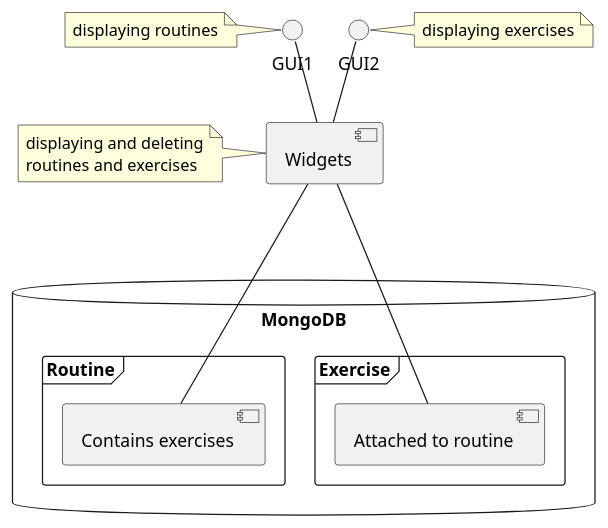
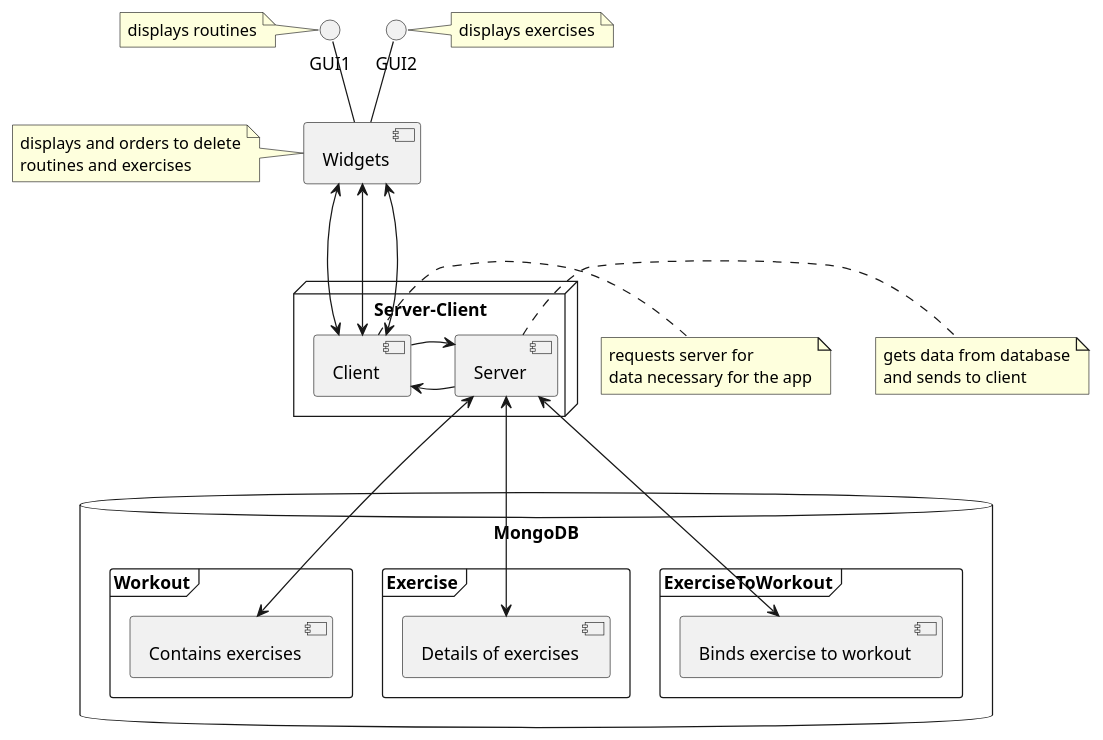
Before and after one commit to karolinaoparczyk/Python_GTK: the diagram in doc/ds/component_diagram.puml, drawn with PlantUML. The commit also changed other lines of this file and 19 other files, not shown here.

```diff
--- a/doc/ds/component_diagram.puml
+++ b/doc/ds/component_diagram.puml
@@ -4,28 +4,51 @@
 @startuml
 () "GUI1" as Window1
 () "GUI2" as Window2
+
+node "Server-Client" {
+	[Server] -> [Client]
+	[Client] -> [Server]
+}
+
+note right of [Client]
+	requests server for
+	data necessary for the app
+end note
+
+note right of [Server]
+	gets data from database
+	and sends to client
+end note
 
 Window1 -- [Widgets]
 Window2 -- [Widgets]
 
 note left of [Widgets]
-	displaying and deleting
+	displays and orders to delete
 	routines and exercises
 end note
-note left of Window1 : displaying routines
+
+note left of Window1 : displays routines
 note right of Window2
-	displaying exercises
+	displays exercises
 end note
 
 database "MongoDB"{
-	frame "Routine" {
-		[Contains exercises] as R
+	frame "Workout" {
+		[Contains exercises] as W
 	}
 	frame "Exercise"{
-		[Attached to routine] as E
+		[Details of exercises] as E
+	}
+	frame "ExerciseToWorkout"{
+		[Binds exercise to workout] as EW
 	}
 }
 
-[Widgets] --- R
-[Widgets] --- E
+[Widgets] <---> [Client]
+[Widgets] <---> [Client]
+[Widgets] <---> [Client]
+[Server] <---> W
+[Server] <---> E
+[Server] <---> EW
 @enduml
```
